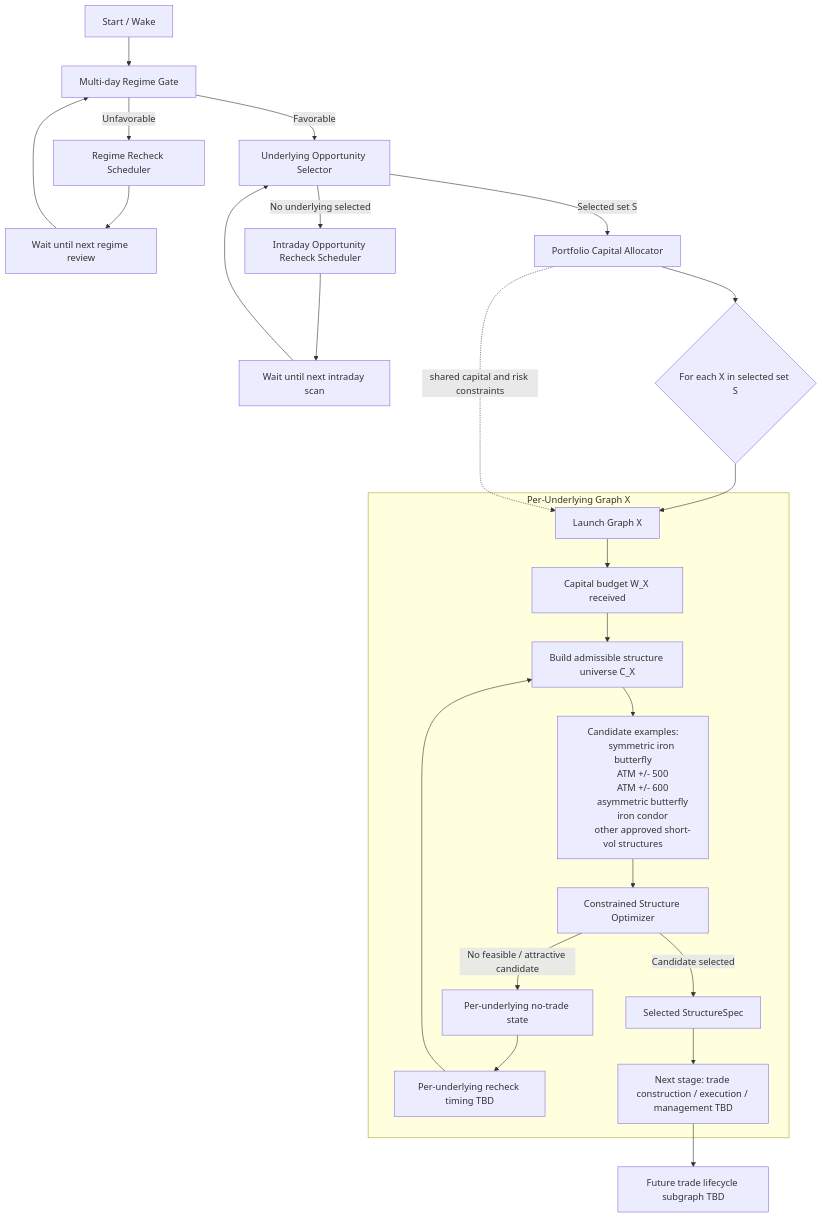
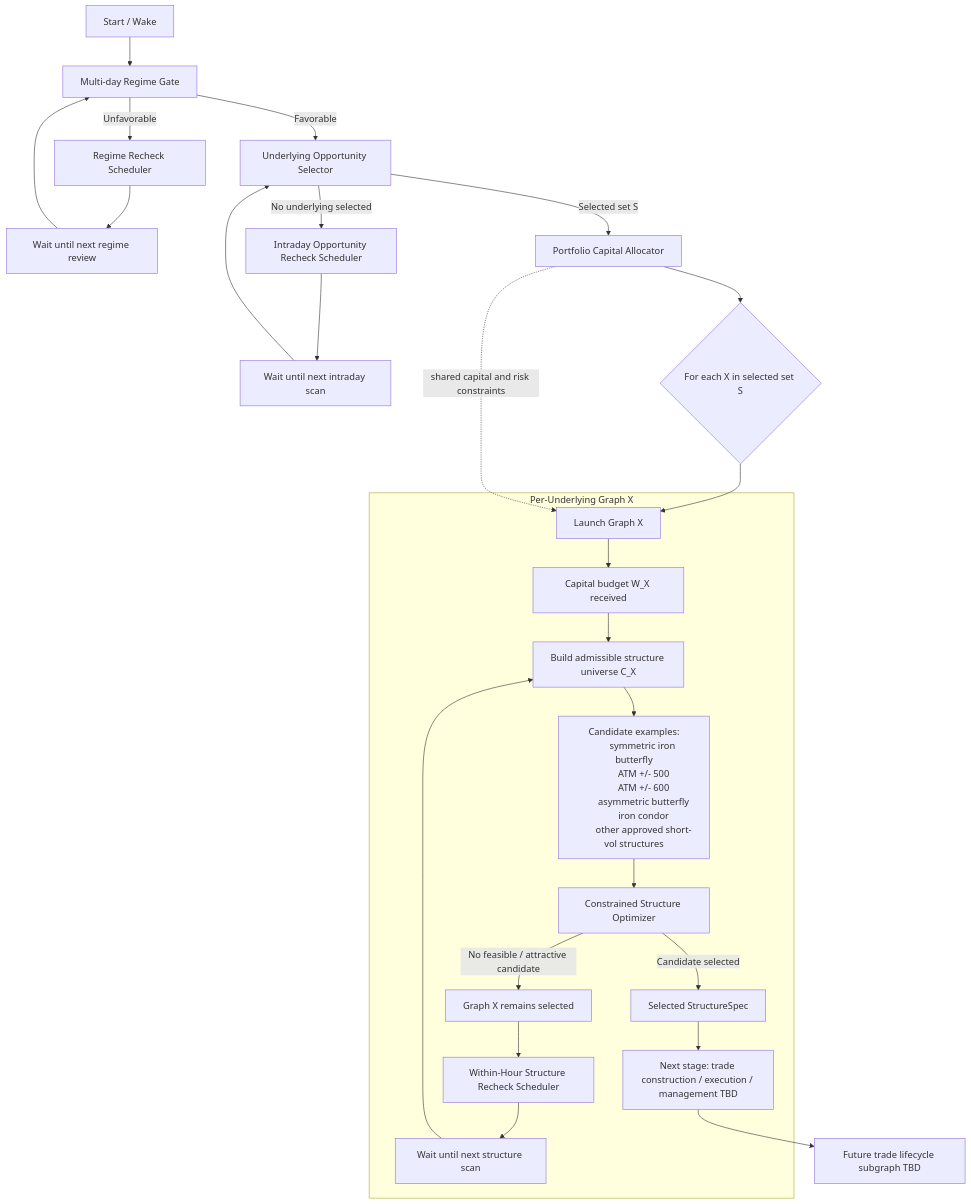
The diagram in docs/autonomous-butterfly-workflow.md (ayyararyan/volarb), drawn with Mermaid before and after one commit. The commit also changed other lines of this file, not shown here.

Commit message:
Add third within-hour scheduling loop to workflow graph

````diff
--- a/docs/autonomous-butterfly-workflow.md
+++ b/docs/autonomous-butterfly-workflow.md
@@ -9,47 +9,48 @@
 ```mermaid
 flowchart TD
 
     A[Start / Wake] --> B[Multi-day Regime Gate]
 
     B -->|Unfavorable| C[Regime Recheck Scheduler]
     C --> D[Wait until next regime review]
     D --> B
 
     B -->|Favorable| E[Underlying Opportunity Selector]
 
     E -->|No underlying selected| F[Intraday Opportunity Recheck Scheduler]
     F --> G[Wait until next intraday scan]
     G --> E
 
     E -->|Selected set S| H[Portfolio Capital Allocator]
 
     H --> I{For each X in selected set S}
 
     I --> JX[Launch Graph X]
 
     subgraph GX["Per-Underlying Graph X"]
         JX --> KX[Capital budget W_X received]
         KX --> LX[Build admissible structure universe C_X]
 
         LX --> MX["Candidate examples:
         symmetric iron butterfly
         ATM +/- 500
         ATM +/- 600
         asymmetric butterfly
         iron condor
         other approved short-vol structures"]
 
         MX --> NX[Constrained Structure Optimizer]
 
-        NX -->|No feasible / attractive candidate| OX[Per-underlying no-trade state]
-        OX --> PX[Per-underlying recheck timing TBD]
-        PX --> LX
+        NX -->|No feasible / attractive candidate| OX[Graph X remains selected]
+        OX --> PX[Within-Hour Structure Recheck Scheduler]
+        PX --> WX[Wait until next structure scan]
+        WX --> LX
 
         NX -->|Candidate selected| QX[Selected StructureSpec]
         QX --> RX[Next stage: trade construction / execution / management TBD]
     end
 
     RX --> SX[Future trade lifecycle subgraph TBD]
 
     H -. shared capital and risk constraints .-> JX
 ```
````
